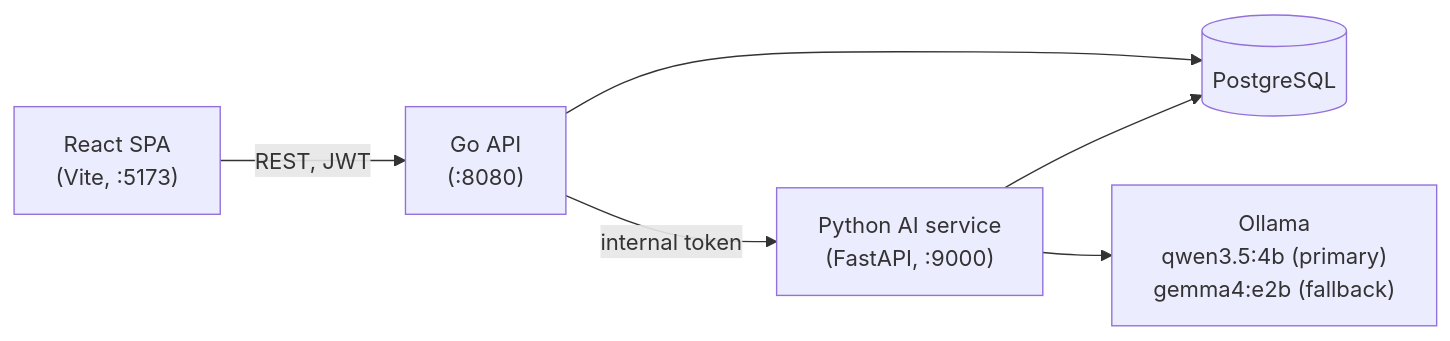
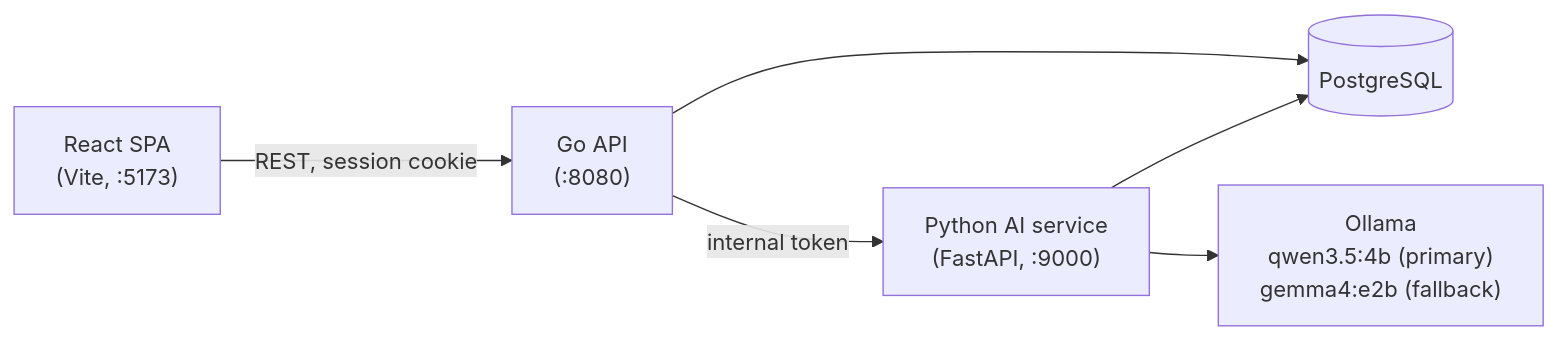
Before and after one commit to sagnik31/med-sum: the diagram in README.md, drawn with Mermaid. The commit also changed other lines of this file and 45 other files, not shown here.

````diff
--- a/README.md
+++ b/README.md
@@ -24,8 +24,8 @@
 ```mermaid
 flowchart LR
-    UI["React SPA<br/>(Vite, :5173)"] -->|"REST, JWT"| API["Go API<br/>(:8080)"]
+    UI["React SPA<br/>(Vite, :5173)"] -->|"REST, session cookie"| API["Go API<br/>(:8080)"]
     API -->|"internal token"| AI["Python AI service<br/>(FastAPI, :9000)"]
     API --> DB[("PostgreSQL")]
     AI --> DB
     AI --> OL["Ollama<br/>qwen3.5:4b (primary)<br/>gemma4:e2b (fallback)"]
 ```
````
